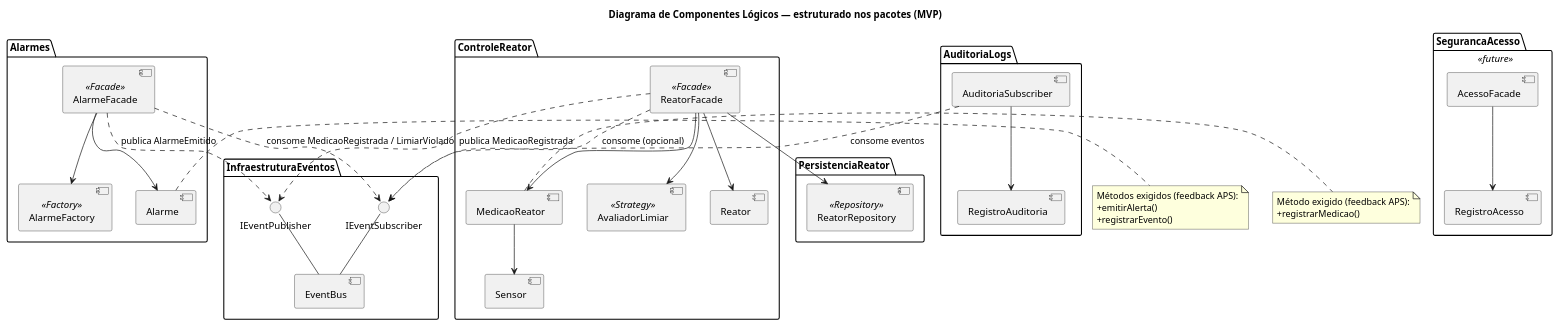
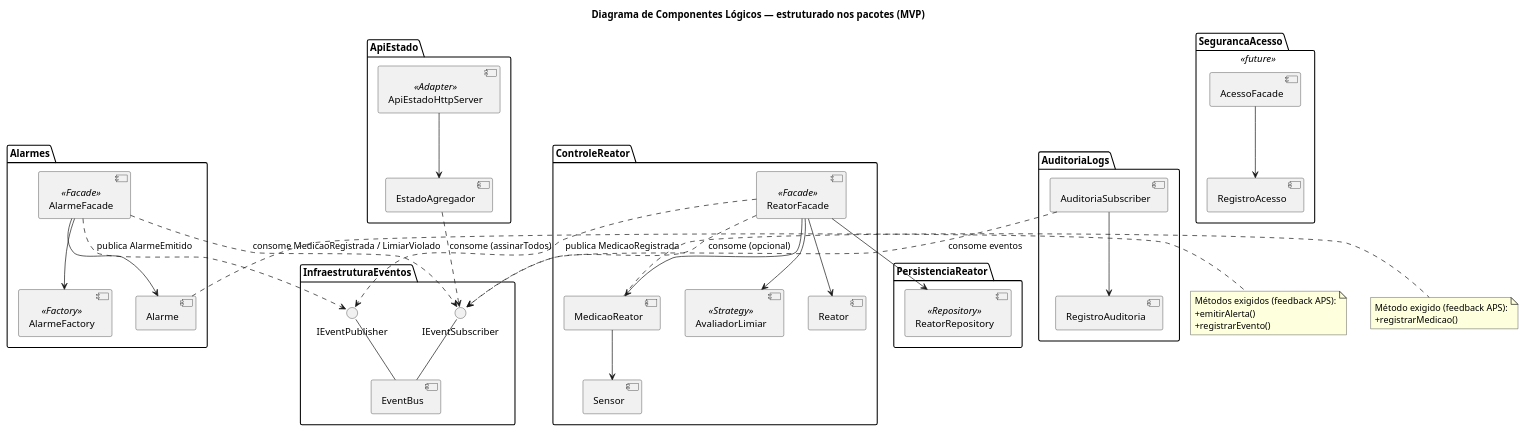
One commit to rlampago22/RP-IV changed the diagram in docs/marco1/diagramas/componentes-logicos.puml. Above: the diagram before and after it, drawn with PlantUML. The commit also changed 1 other file, not shown here.

Commit message:
docs(marco1): atualizar diagramas de pacotes e componentes com ApiEstado

```diff
--- a/docs/marco1/diagramas/componentes-logicos.puml
+++ b/docs/marco1/diagramas/componentes-logicos.puml
@@ -1,67 +1,74 @@
 @startuml componentes-logicos-mvp
 title Diagrama de Componentes Lógicos — estruturado nos pacotes (MVP)
 skinparam componentStyle uml2
 skinparam shadowing false
 
 package "InfraestruturaEventos" {
   component [EventBus] as Bus
   interface "IEventPublisher" as Pub
   interface "IEventSubscriber" as Sub
   Bus -up- Pub
   Bus -up- Sub
 }
 
 package "ControleReator" {
   component [ReatorFacade] as RF <<Facade>>
   component [AvaliadorLimiar] as AL <<Strategy>>
   component [Reator] as R
   component [Sensor] as S
   component [MedicaoReator] as MR
   RF --> AL
   RF --> R
   RF --> MR
   MR --> S
   RF ..> Pub : publica MedicaoRegistrada
   RF ..> Sub : consome (opcional)
 }
 
 package "Alarmes" {
   component [AlarmeFacade] as AF <<Facade>>
   component [Alarme] as A
   component [AlarmeFactory] as AFact <<Factory>>
   AF --> A
   AF --> AFact
   AF ..> Pub : publica AlarmeEmitido
   AF ..> Sub : consome MedicaoRegistrada / LimiarViolado
 }
 
 package "PersistenciaReator" {
   component [ReatorRepository] as RR <<Repository>>
   RF --> RR
 }
 
 package "AuditoriaLogs" {
   component [AuditoriaSubscriber] as AS
   component [RegistroAuditoria] as RA
   AS --> RA
   AS ..> Sub : consome eventos
 }
 
+package "ApiEstado" {
+  component [EstadoAgregador] as EA
+  component [ApiEstadoHttpServer] as AEHS <<Adapter>>
+  AEHS --> EA
+  EA ..> Sub : consome (assinarTodos)
+}
+
 package "SegurancaAcesso" <<future>> {
   component [AcessoFacade] as AcF
   component [RegistroAcesso] as RegA
   AcF --> RegA
 }
 
 note right of A
   Métodos exigidos (feedback APS):
   +emitirAlerta()
   +registrarEvento()
 end note
 
 note right of MR
   Método exigido (feedback APS):
   +registrarMedicao()
 end note
 
 @enduml
```
